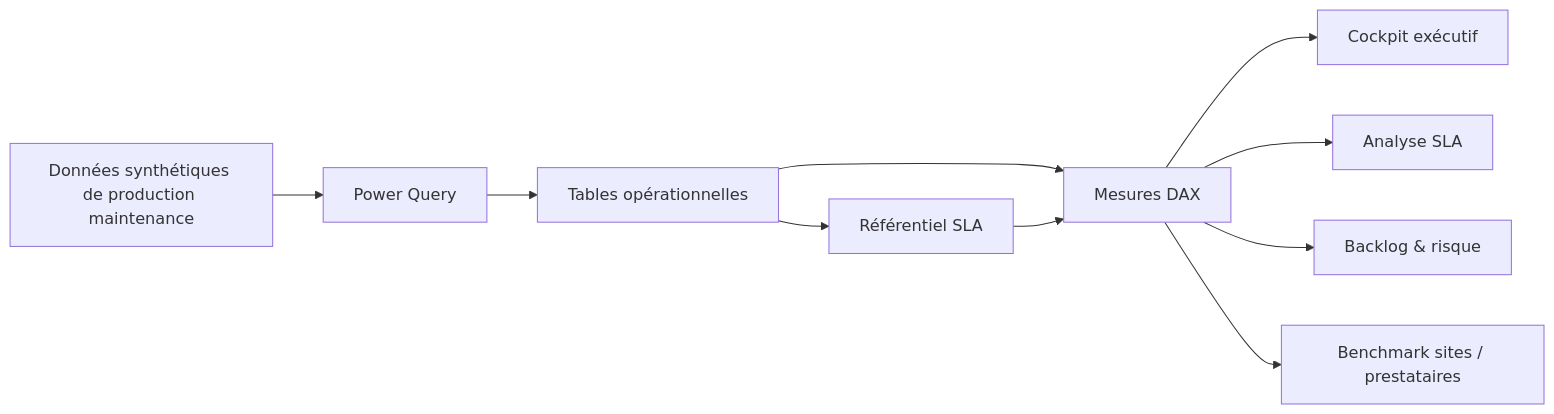
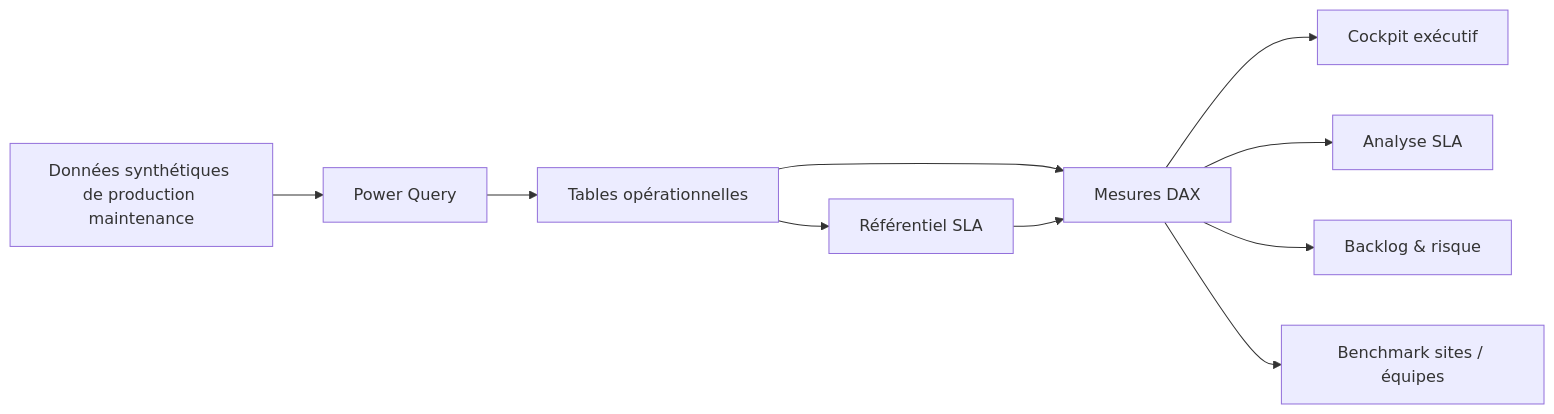
Before and after one commit to jeffersonkuku/powerbi-portfolio-projects: the second of 2 diagrams in powerbi-sla-penalties-portfolio/README.md, drawn with Mermaid. The commit also changed other lines of this file, not shown here.

````diff
--- a/powerbi-sla-penalties-portfolio/README.md
+++ b/powerbi-sla-penalties-portfolio/README.md
@@ -235,12 +493,12 @@
 ```mermaid
 flowchart LR
     A[Données synthétiques de production maintenance] --> B[Power Query]
     B --> C[Tables opérationnelles]
     C --> D[Référentiel SLA]
     C --> E[Mesures DAX]
     D --> E
     E --> F[Cockpit exécutif]
     E --> G[Analyse SLA]
     E --> H[Backlog & risque]
-    E --> I[Benchmark sites / prestataires]
+    E --> I[Benchmark sites / équipes]
 ```
````
